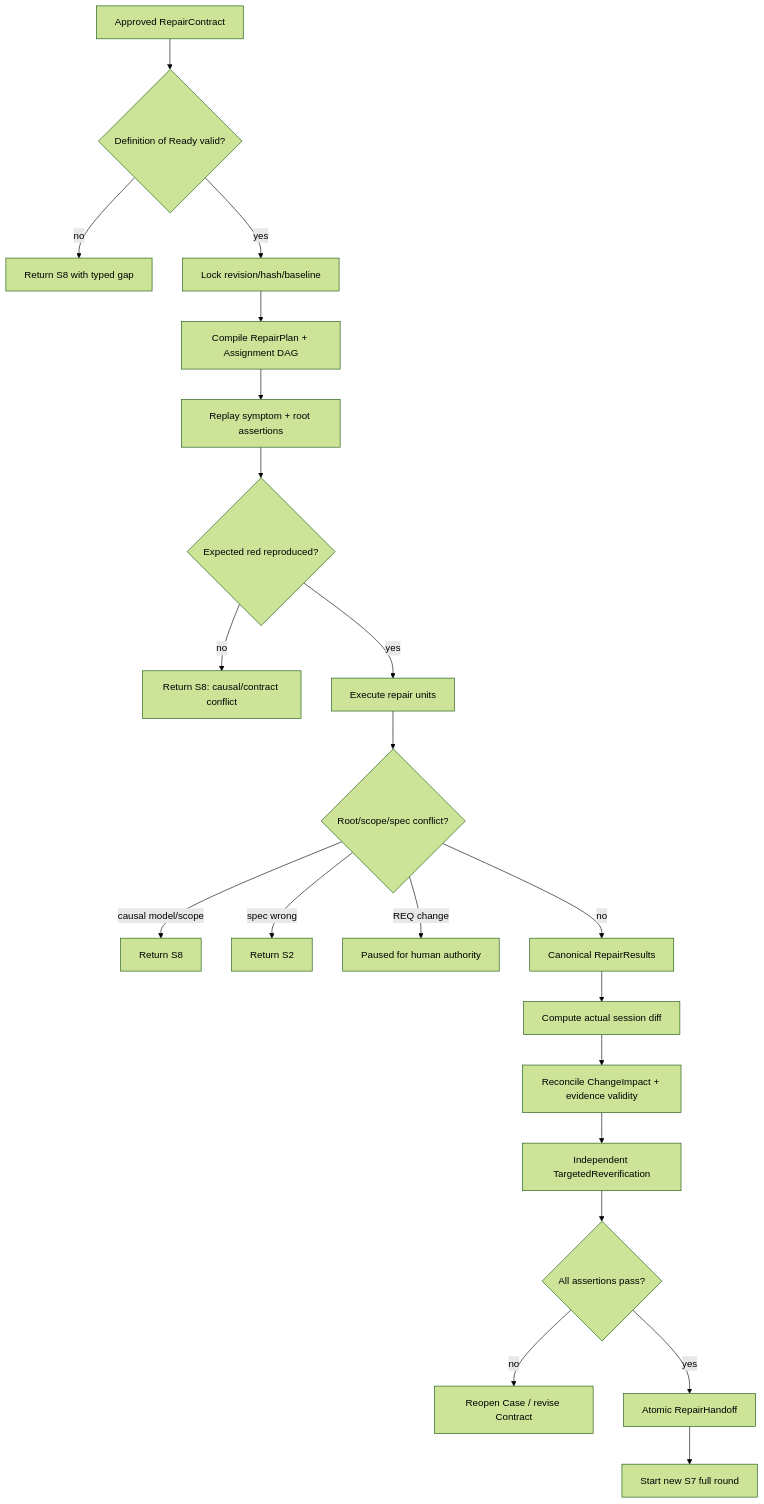
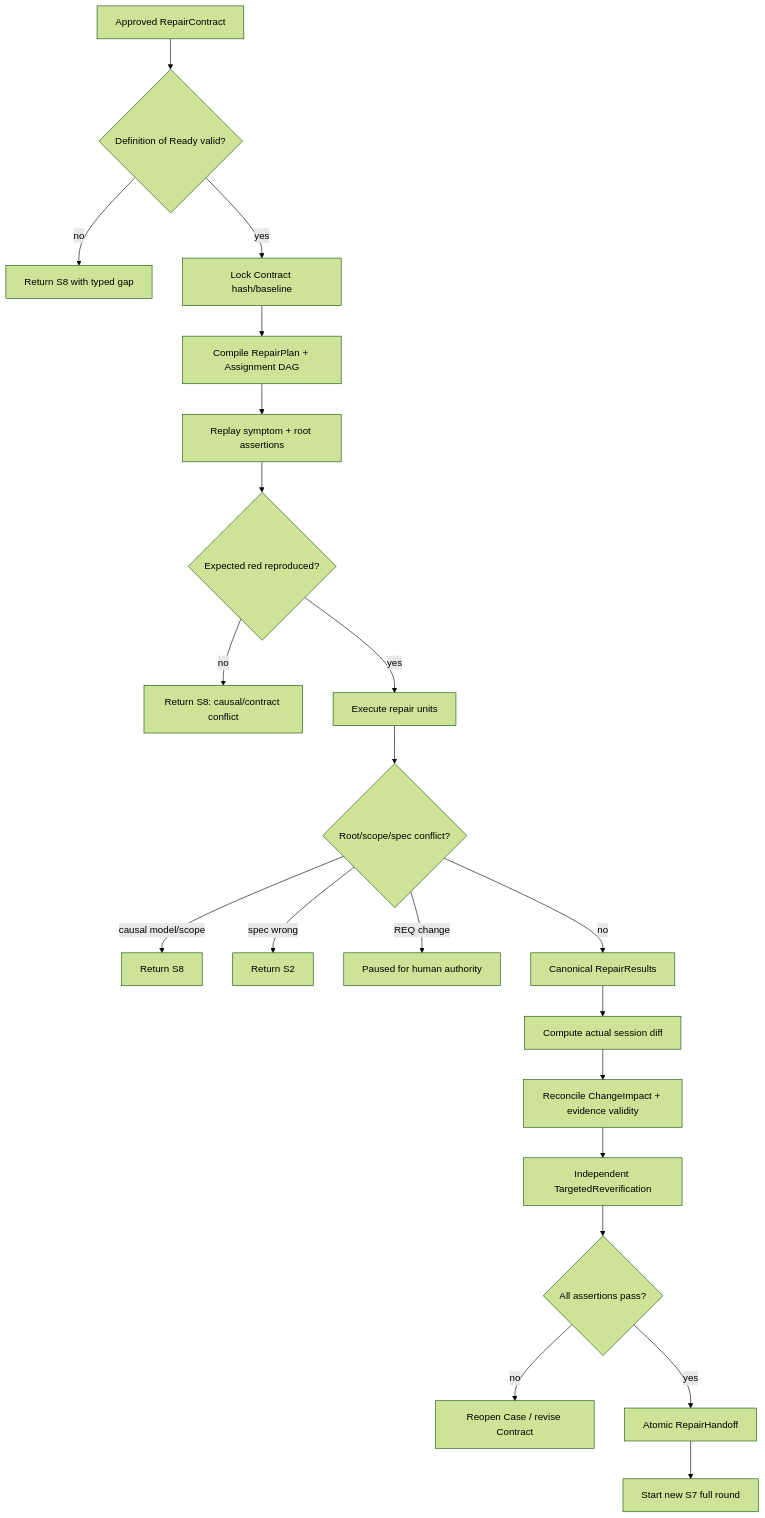
The third of 3 diagrams in blueprint/L3-S9-repair.md (entroforge/go-system-builder), drawn with Mermaid (forest theme) before and after one commit. The commit also changed other lines of this file and 110 other files, not shown here.

First line of the commit message:
fix: simplify runtime revision and lifecycle evidence flows (#4)

````diff
--- a/blueprint/L3-S9-repair.md
+++ b/blueprint/L3-S9-repair.md
@@ -337,23 +339,23 @@
 ```mermaid
 flowchart TD
     IN["Approved RepairContract"] --> DOR{"Definition of Ready valid?"}
     DOR -->|"no"| S8A["Return S8 with typed gap"]
-    DOR -->|"yes"| LOCK["Lock revision/hash/baseline"]
+    DOR -->|"yes"| LOCK["Lock Contract hash/baseline"]
     LOCK --> PLAN["Compile RepairPlan + Assignment DAG"]
     PLAN --> RED["Replay symptom + root assertions"]
     RED --> REDOK{"Expected red reproduced?"}
     REDOK -->|"no"| S8B["Return S8: causal/contract conflict"]
     REDOK -->|"yes"| EXEC["Execute repair units"]
     EXEC --> CONFLICT{"Root/scope/spec conflict?"}
     CONFLICT -->|"causal model/scope"| S8C["Return S8"]
     CONFLICT -->|"spec wrong"| S2["Return S2"]
     CONFLICT -->|"REQ change"| PAUSE["Paused for human authority"]
     CONFLICT -->|"no"| RESULTS["Canonical RepairResults"]
     RESULTS --> DIFF["Compute actual session diff"]
     DIFF --> IMPACT["Reconcile ChangeImpact + evidence validity"]
     IMPACT --> TARGET["Independent TargetedReverification"]
     TARGET --> PASS{"All assertions pass?"}
     PASS -->|"no"| S8D["Reopen Case / revise Contract"]
     PASS -->|"yes"| HANDOFF["Atomic RepairHandoff"]
     HANDOFF --> S7["Start new S7 full round"]
 ```
````
